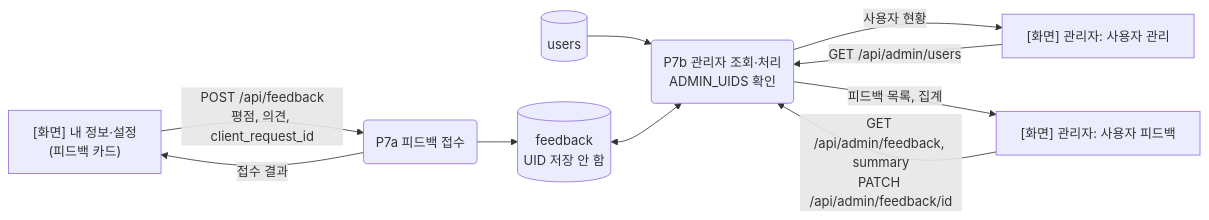
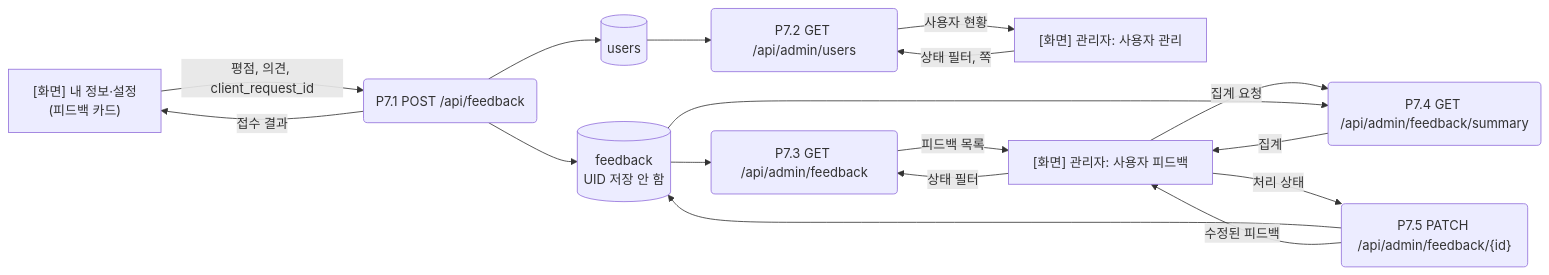
The tenth of 12 diagrams in docs/architecture_dfd.md (yong05610/ai-n-fprj), drawn with Mermaid before and after one commit. The commit also changed other lines of this file, not shown here.

Commit message:
docs: DFD level 1 redrawn per API function (process per API), terminals are screens only, no terminal-terminal or terminal-store flows

````diff
--- a/docs/architecture_dfd.md
+++ b/docs/architecture_dfd.md
@@ -342,20 +401,30 @@
 ```mermaid
 flowchart LR
     S1["[화면] 내 정보·설정<br/>(피드백 카드)"]
     S2["[화면] 관리자: 사용자 관리"]
     S3["[화면] 관리자: 사용자 피드백"]
-    P7a("P7a 피드백 접수")
-    P7b("P7b 관리자 조회·처리<br/>ADMIN_UIDS 확인")
-    D1[("users")]
-    D7[("feedback<br/>UID 저장 안 함")]
+    P71("P7.1 POST /api/feedback")
+    P72("P7.2 GET /api/admin/users")
+    P73("P7.3 GET /api/admin/feedback")
+    P74("P7.4 GET /api/admin/feedback/summary")
+    P75("P7.5 PATCH /api/admin/feedback/{id}")
+    DF[("feedback<br/>UID 저장 안 함")]
+    DU[("users")]
 
-    S1 -->|"POST /api/feedback<br/>평점, 의견, client_request_id"| P7a
-    P7a --> D7
-    P7a -->|"접수 결과"| S1
-    S2 -->|"GET /api/admin/users"| P7b
-    D1 --> P7b
-    P7b -->|"사용자 현황"| S2
-    S3 -->|"GET /api/admin/feedback, summary<br/>PATCH /api/admin/feedback/id"| P7b
-    D7 <--> P7b
-    P7b -->|"피드백 목록, 집계"| S3
+    S1 -->|"평점, 의견, client_request_id"| P71
+    P71 --> DF
+    P71 --> DU
+    P71 -->|"접수 결과"| S1
+    S2 -->|"상태 필터, 쪽"| P72
+    DU --> P72
+    P72 -->|"사용자 현황"| S2
+    S3 -->|"상태 필터"| P73
+    DF --> P73
+    P73 -->|"피드백 목록"| S3
+    S3 -->|"집계 요청"| P74
+    DF --> P74
+    P74 -->|"집계"| S3
+    S3 -->|"처리 상태"| P75
+    P75 --> DF
+    P75 -->|"수정된 피드백"| S3
 ```
````
